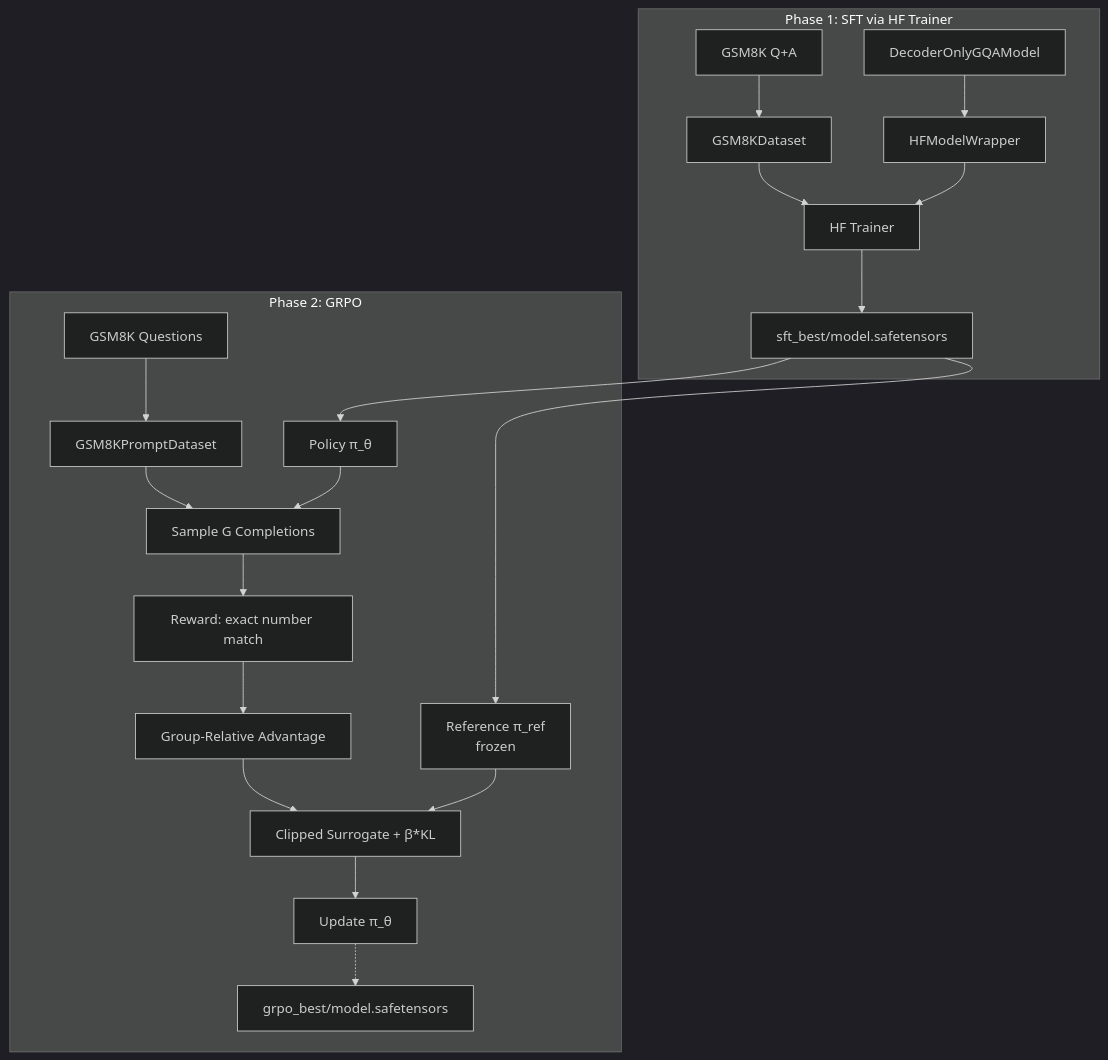
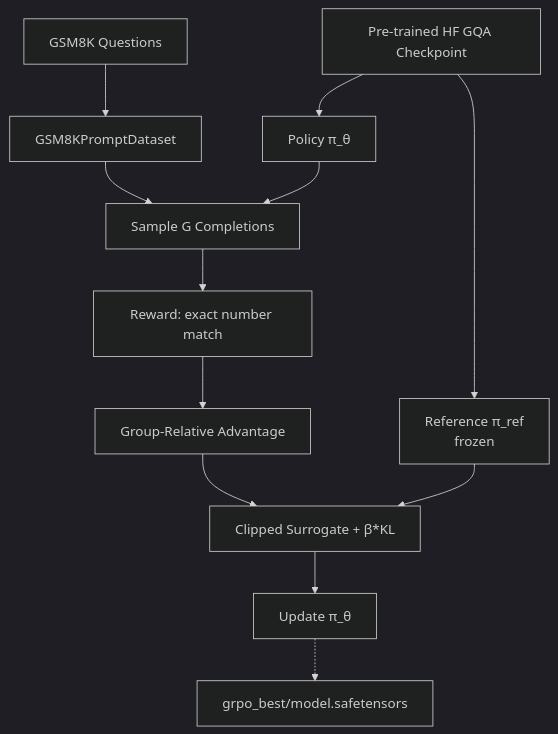
The diagram in docs/HF_GQA_SFT_GRPO_Trainer.md (ambideXtrous9/Transformer-from-Scratch), drawn with Mermaid (dark theme) before and after one commit. The commit also changed other lines of this file and 21 other files, not shown here.

Commit message:
refactor: Update GRPO trainer to load pre-trained models and optimize metric computation by deferring full evaluations to the final epoch in multiple trainers.

````diff
--- a/docs/HF_GQA_SFT_GRPO_Trainer.md
+++ b/docs/HF_GQA_SFT_GRPO_Trainer.md
@@ -21,24 +21,14 @@
 ```mermaid
 graph TD
-    subgraph "Phase 1: SFT via HF Trainer"
-        GSM8K_SFT[GSM8K Q+A] --> HF_Dataset[GSM8KDataset]
-        HF_Dataset --> HF_Trainer[HF Trainer]
-        GQA_Model[DecoderOnlyGQAModel] --> Wrapper[HFModelWrapper]
-        Wrapper --> HF_Trainer
-        HF_Trainer --> SFT_Best[sft_best/model.safetensors]
-    end
-
-    subgraph "Phase 2: GRPO"
-        SFT_Best --> Policy[Policy π_θ]
-        SFT_Best --> Ref[Reference π_ref \n frozen]
-        Questions[GSM8K Questions] --> Prompts[GSM8KPromptDataset]
-        Prompts --> Sample[Sample G Completions]
-        Policy --> Sample
-        Sample --> Reward[Reward: exact number match]
-        Reward --> Advantage[Group-Relative Advantage]
-        Advantage --> Loss[Clipped Surrogate + β*KL]
-        Ref --> Loss
-        Loss --> Update[Update π_θ]
-        Update -.-> Save[grpo_best/model.safetensors]
-    end
+    Ckpt[Pre-trained HF GQA Checkpoint] --> Policy[Policy π_θ]
+    Ckpt --> Ref[Reference π_ref \n frozen]
+    Questions[GSM8K Questions] --> Prompts[GSM8KPromptDataset]
+    Prompts --> Sample[Sample G Completions]
+    Policy --> Sample
+    Sample --> Reward[Reward: exact number match]
+    Reward --> Advantage[Group-Relative Advantage]
+    Advantage --> Loss[Clipped Surrogate + β*KL]
+    Ref --> Loss
+    Loss --> Update[Update π_θ]
+    Update -.-> Save[grpo_best/model.safetensors]
 ```
````
